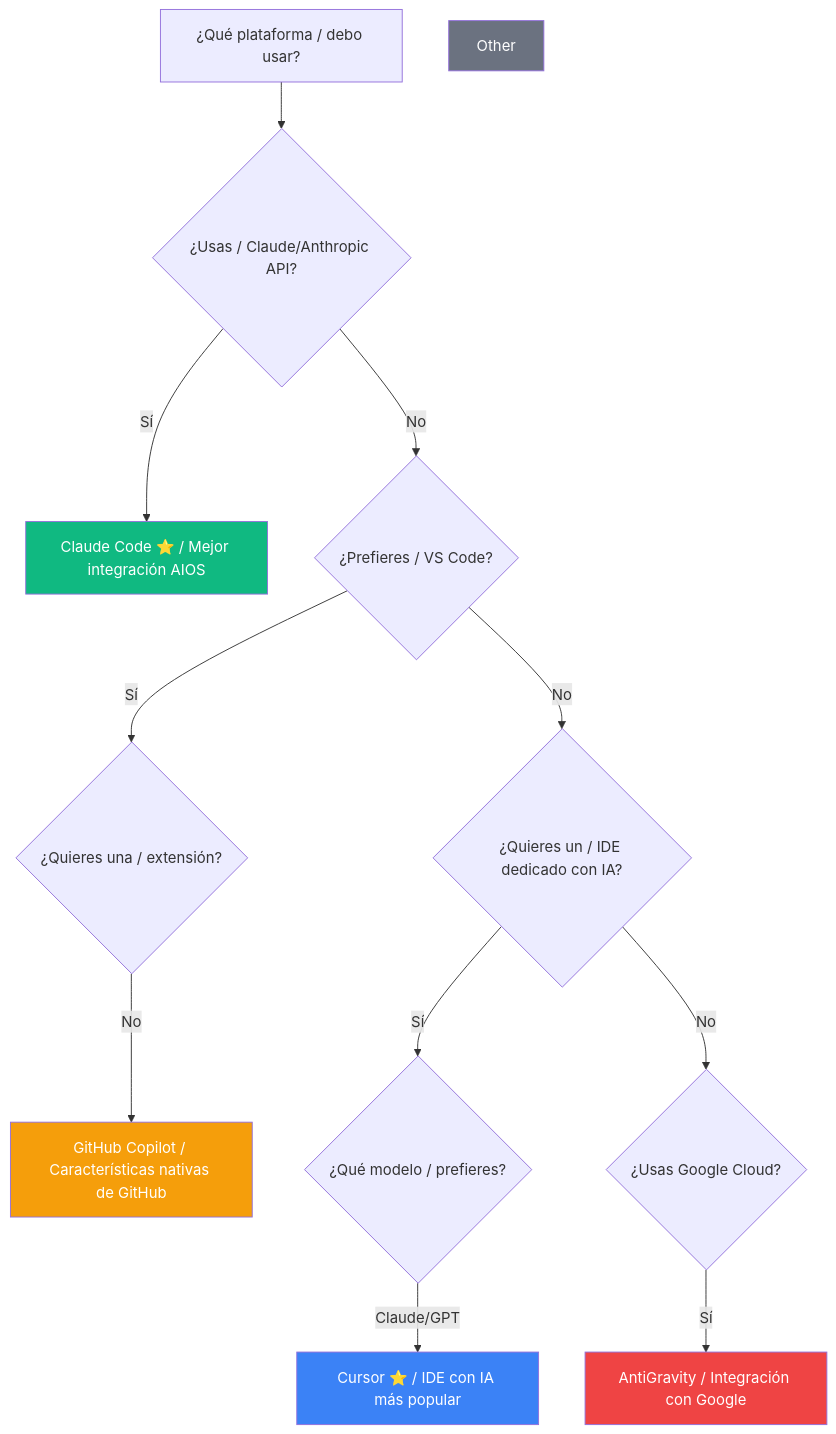
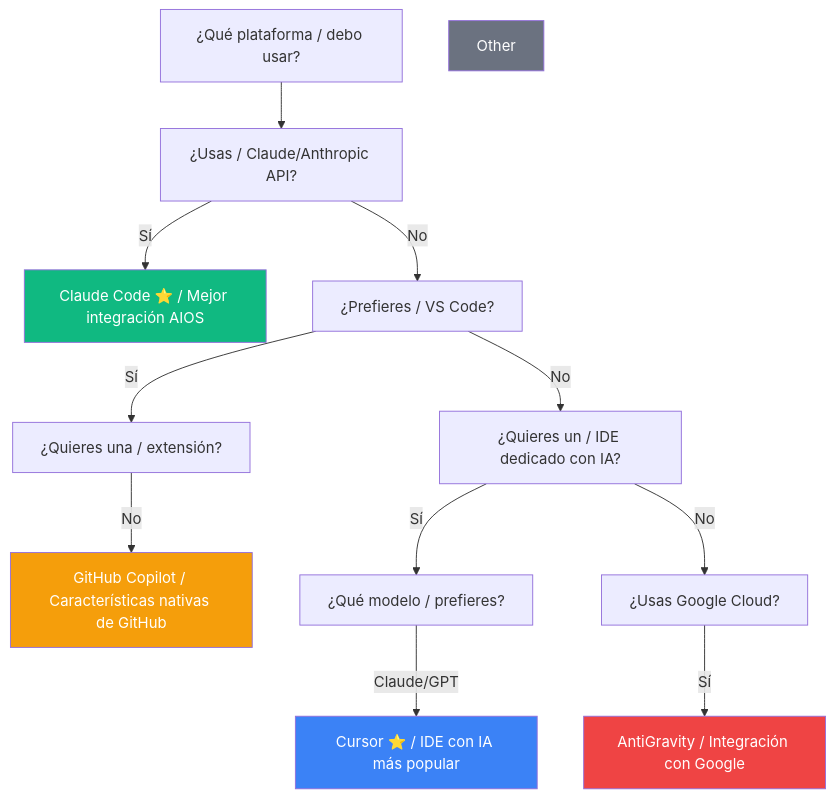
One commit to bychrisr/aios-docs changed the first of 3 diagrams in content/es/docs/platforms/README.mdx. Above: the diagram before and after it, drawn with Mermaid. The commit also changed 40 other files, not shown here.

````diff
--- a/content/es/docs/platforms/README.mdx
+++ b/content/es/docs/platforms/README.mdx
@@ -30,23 +30,23 @@
 ```mermaid
 flowchart TD
-    Start["¿Qué plataforma / debo usar?"] --> Q1{"¿Usas / Claude/Anthropic API?"}
+    Start["¿Qué plataforma / debo usar?"] --> Q1["¿Usas / Claude/Anthropic API?"]
 
     Q1 -->|Sí| CC["Claude Code ⭐ / Mejor integración AIOS"]
-    Q1 -->|No| Q2{"¿Prefieres / VS Code?"}
+    Q1 -->|No| Q2["¿Prefieres / VS Code?"]
 
-    Q2 -->|Sí| Q3{"¿Quieres una / extensión?"}
+    Q2 -->|Sí| Q3["¿Quieres una / extensión?"]
     Q3 -->|No| Copilot["GitHub Copilot / Características nativas de GitHub"]
 
-    Q2 -->|No| Q4{"¿Quieres un / IDE dedicado con IA?"}
-    Q4 -->|Sí| Q5{"¿Qué modelo / prefieres?"}
+    Q2 -->|No| Q4["¿Quieres un / IDE dedicado con IA?"]
+    Q4 -->|Sí| Q5["¿Qué modelo / prefieres?"]
     Q5 -->|Claude/GPT| Cursor["Cursor ⭐ / IDE con IA más popular"]
 
-    Q4 -->|No| Q6{"¿Usas Google Cloud?"}
+    Q4 -->|No| Q6["¿Usas Google Cloud?"]
     Q6 -->|Sí| AG["AntiGravity / Integración con Google"]
 
     style CC fill:#10b981,color:#fff
     style Cursor fill:#3b82f6,color:#fff
     style Copilot fill:#f59e0b,color:#fff
     style AG fill:#ef4444,color:#fff
     style Other fill:#6b7280,color:#fff
 ```
````
